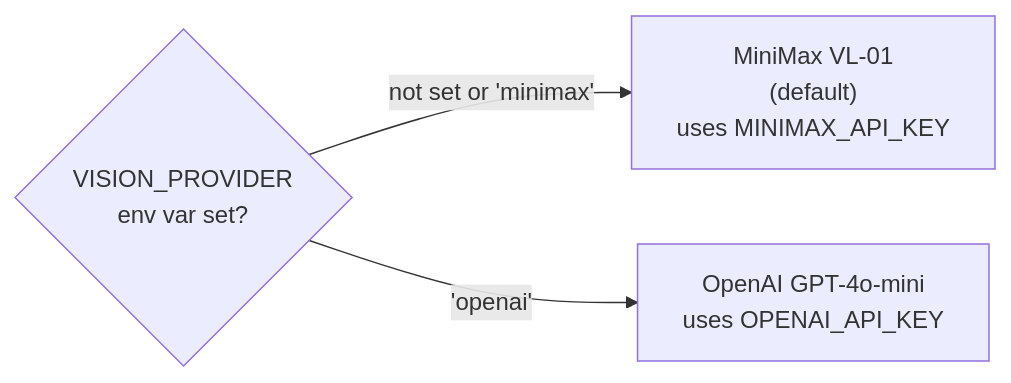
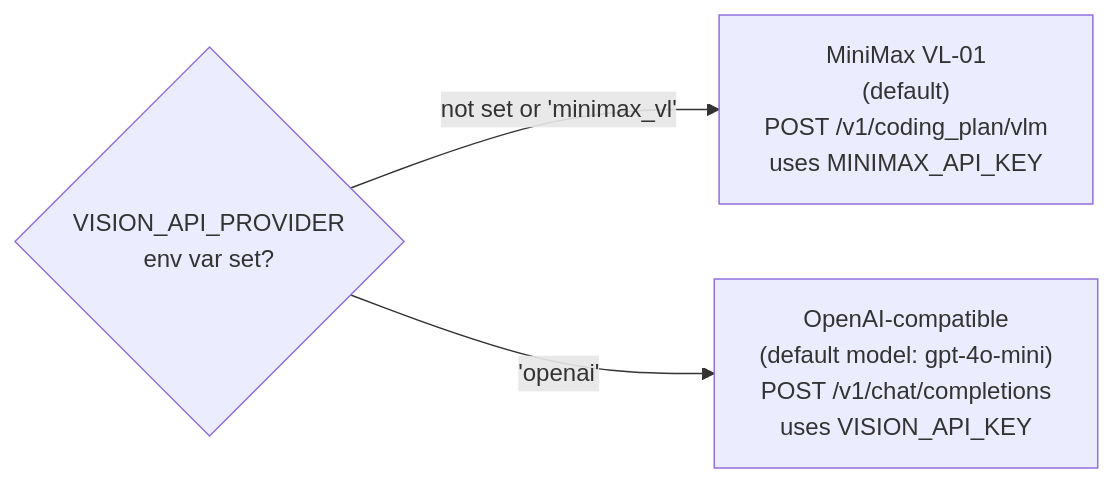
The fifth of 5 diagrams in doc/vision-bridge.md (lqdflying/cursorProxy), drawn with Mermaid before and after one commit. The commit also changed other lines of this file and 4 other files, not shown here.

First line of the commit message:
docs: add reasoning bridge diagram; fix env var errors; add missing env var sections

````diff
--- a/doc/vision-bridge.md
+++ b/doc/vision-bridge.md
@@ -110,9 +110,9 @@
 ```mermaid
 flowchart LR
-    ENV{"VISION_PROVIDER\nenv var set?"}
-    MM_VIS["MiniMax VL-01\n(default)\nuses MINIMAX_API_KEY"]
-    OAI_VIS["OpenAI GPT-4o-mini\nuses OPENAI_API_KEY"]
+    ENV{"VISION_API_PROVIDER\nenv var set?"}
+    MM_VIS["MiniMax VL-01\n(default)\nPOST /v1/coding_plan/vlm\nuses MINIMAX_API_KEY"]
+    OAI_VIS["OpenAI-compatible\n(default model: gpt-4o-mini)\nPOST /v1/chat/completions\nuses VISION_API_KEY"]
 
-    ENV -->|not set or 'minimax'| MM_VIS
+    ENV -->|not set or 'minimax_vl'| MM_VIS
     ENV -->|'openai'| OAI_VIS
 ```
````
